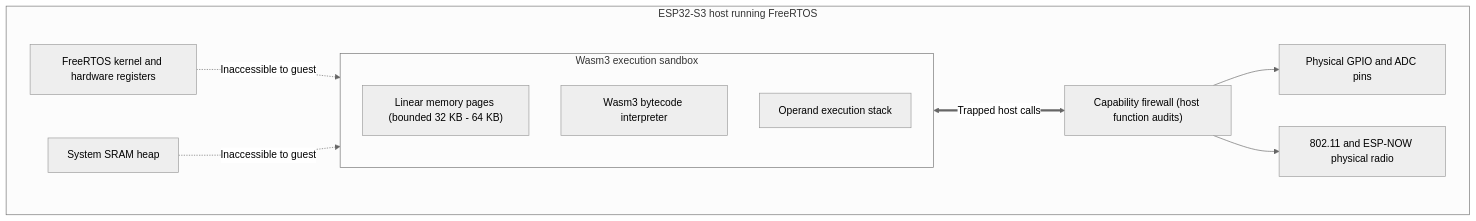
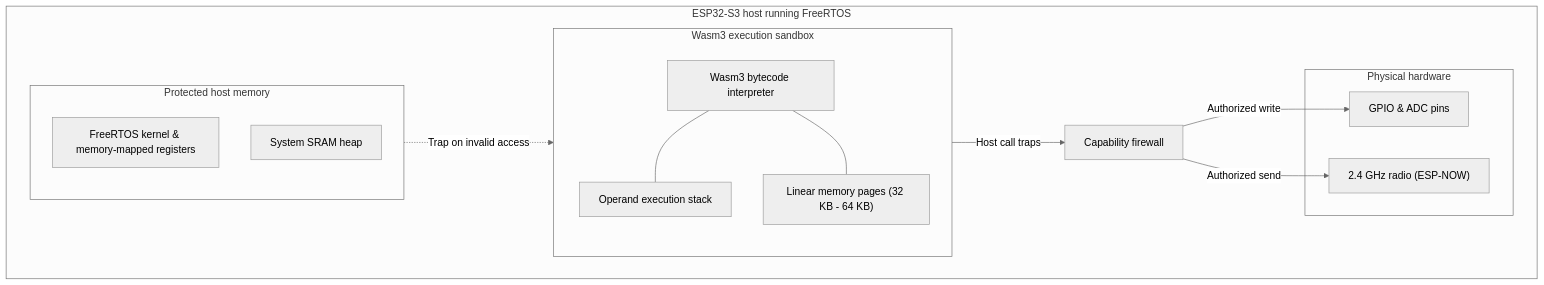
Before and after one commit to arterialist/kube32: the first of 2 diagrams in docs/architecture/wasm-runtime.md, drawn with Mermaid (neutral theme). The commit also changed other lines of this file and 13 other files, not shown here.

Commit message:
style(docs): adjust Material 3 layout and fix Mermaid diagram rendering

````diff
--- a/docs/architecture/wasm-runtime.md
+++ b/docs/architecture/wasm-runtime.md
@@ -17,24 +17,30 @@
 ```mermaid
 graph TD
     subgraph Host["ESP32-S3 host running FreeRTOS"]
-        KERNEL["FreeRTOS kernel and hardware registers"]
-        HEAP["System SRAM heap"]
-        RADIO["802.11 and ESP-NOW physical radio"]
-        PINS["Physical GPIO and ADC pins"]
+        subgraph KernelSpace["Protected host memory"]
+            KERNEL["FreeRTOS kernel & memory-mapped registers"]
+            HEAP["System SRAM heap"]
+        end
 
         subgraph Sandbox["Wasm3 execution sandbox"]
-            GUEST_MEM["Linear memory pages (bounded 32 KB - 64 KB)"]
+            direction TB
             INTERP["Wasm3 bytecode interpreter"]
             STACK["Operand execution stack"]
+            GUEST_MEM["Linear memory pages (32 KB - 64 KB)"]
+            INTERP --- STACK
+            INTERP --- GUEST_MEM
         end
 
-        GATE["Capability firewall (host function audits)"]
+        GATE["Capability firewall"]
 
-        Sandbox <==>|"Trapped host calls"| GATE
-        GATE --> PINS
-        GATE --> RADIO
+        subgraph Peripherals["Physical hardware"]
+            PINS["GPIO & ADC pins"]
+            RADIO["2.4 GHz radio (ESP-NOW)"]
+        end
     end
 
-    KERNEL -.->|"Inaccessible to guest"| Sandbox
-    HEAP -.->|"Inaccessible to guest"| Sandbox
+    KernelSpace -.->|"Trap on invalid access"| Sandbox
+    INTERP -->|"Host call traps"| GATE
+    GATE -->|"Authorized write"| PINS
+    GATE -->|"Authorized send"| RADIO
 ```
````
